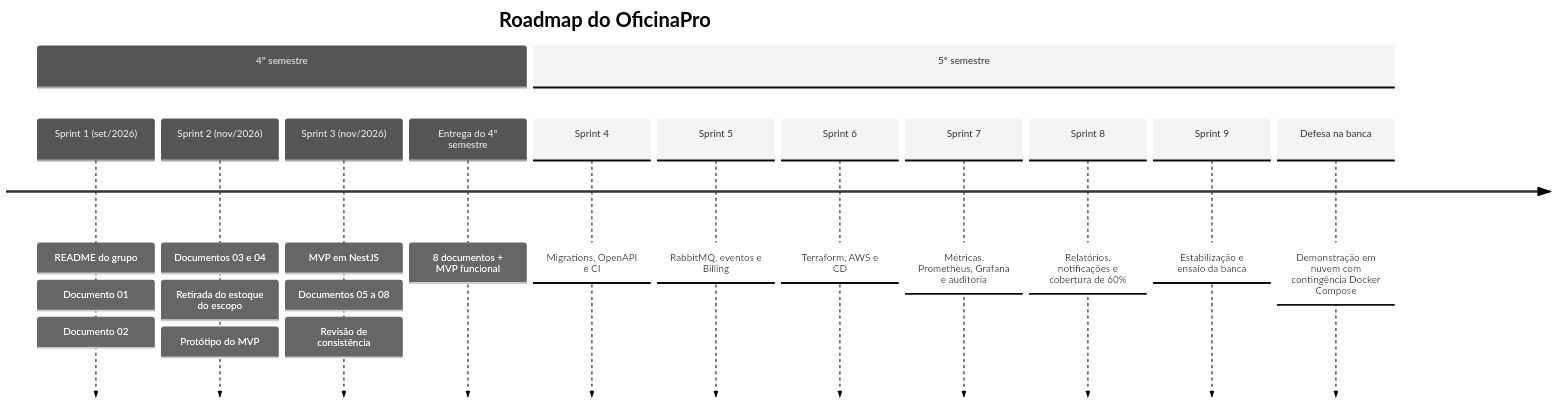
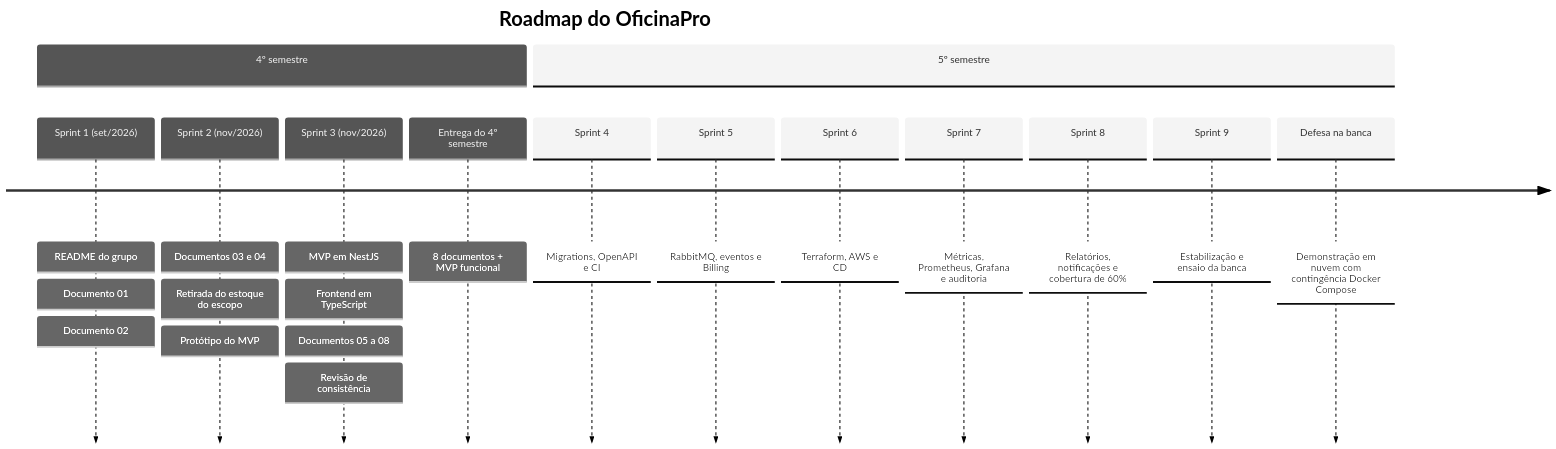
One commit to brandelas/tcc changed the first of 2 diagrams in entrega/Projetos/OficinaPro/08-planejamento-sprints-tarefas.md. Above: the diagram before and after it, drawn with Mermaid (neutral theme). The commit also changed other lines of this file and 4 other files, not shown here.

Commit message:
docs: atualiza documentos para o frontend em TypeScript e inclui ADR-014

````diff
--- a/entrega/Projetos/OficinaPro/08-planejamento-sprints-tarefas.md
+++ b/entrega/Projetos/OficinaPro/08-planejamento-sprints-tarefas.md
@@ -40,17 +40,17 @@
 ```mermaid
 timeline
     title Roadmap do OficinaPro
     section 4º semestre
         Sprint 1 (set/2026) : README do grupo : Documento 01 : Documento 02
         Sprint 2 (nov/2026) : Documentos 03 e 04 : Retirada do estoque do escopo : Protótipo do MVP
-        Sprint 3 (nov/2026) : MVP em NestJS : Documentos 05 a 08 : Revisão de consistência
+        Sprint 3 (nov/2026) : MVP em NestJS : Frontend em TypeScript : Documentos 05 a 08 : Revisão de consistência
         Entrega do 4º semestre : 8 documentos + MVP funcional
     section 5º semestre
         Sprint 4 : Migrations, OpenAPI e CI
         Sprint 5 : RabbitMQ, eventos e Billing
         Sprint 6 : Terraform, AWS e CD
         Sprint 7 : Métricas, Prometheus, Grafana e auditoria
         Sprint 8 : Relatórios, notificações e cobertura de 60%
         Sprint 9 : Estabilização e ensaio da banca
         Defesa na banca : Demonstração em nuvem com contingência Docker Compose
 ```
````
